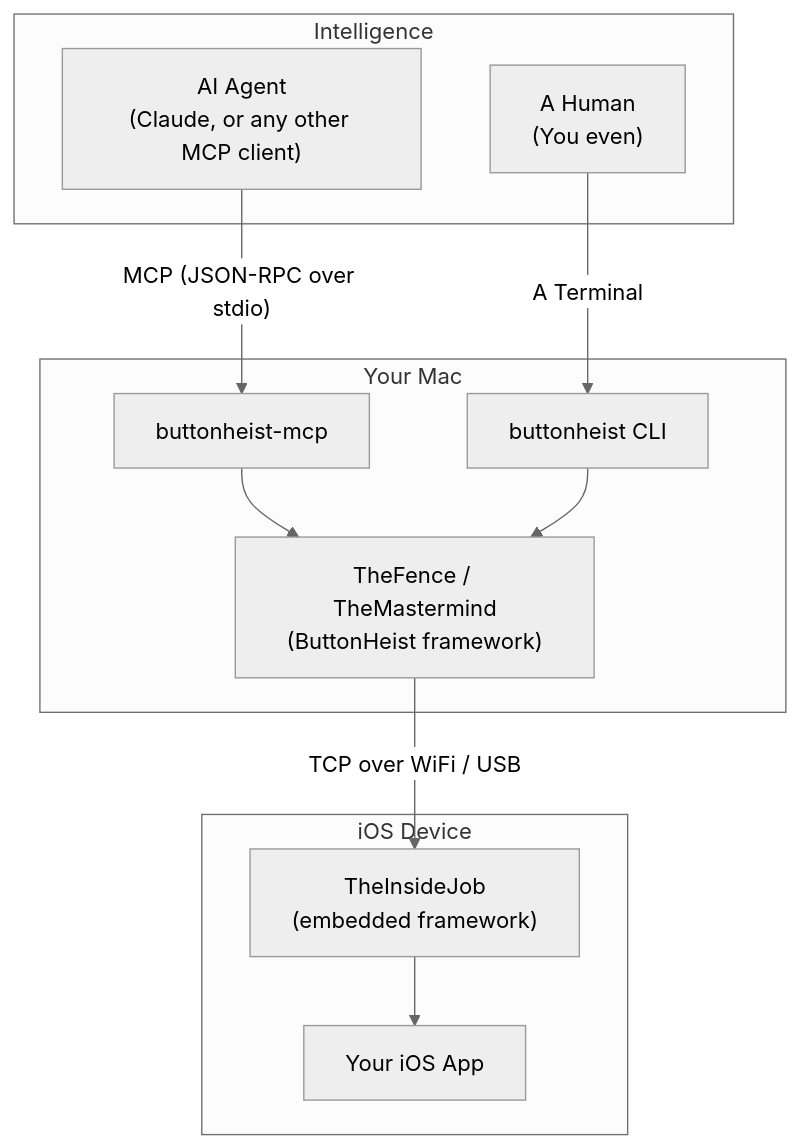
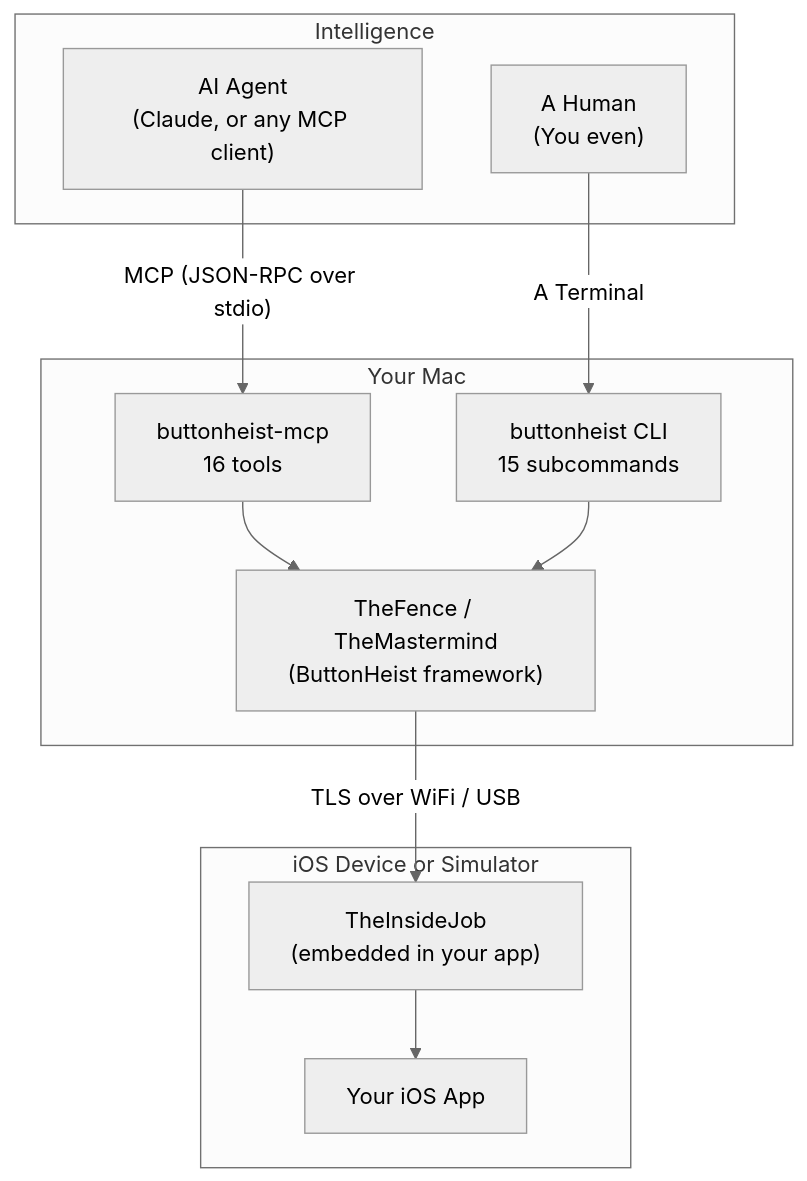
One commit to RoyalPineapple/TheButtonHeist changed the diagram in README.md. Above: the diagram before and after it, drawn with Mermaid (neutral theme). The commit also changed other lines of this file and 20 other files, not shown here.

````diff
--- a/README.md
+++ b/README.md
@@ -57,34 +79,34 @@
 ```mermaid
 %% If you can read this, the diagram isn't rendering. Try github.com in a browser.
 graph TD
-    AI["AI Agent<br/>(Claude, or any other MCP client)"]
-    HUMAN["A Human<br/> (You even)"]
-    MCP["buttonheist-mcp"]
-    CLI["buttonheist CLI"]
+    AI["AI Agent<br/>(Claude, or any MCP client)"]
+    HUMAN["A Human<br/>(You even)"]
+    MCP["buttonheist-mcp<br/>16 tools"]
+    CLI["buttonheist CLI<br/>15 subcommands"]
     Client["TheFence / TheMastermind<br/>(ButtonHeist framework)"]
-    IJ["TheInsideJob<br/>(embedded framework)"]
+    IJ["TheInsideJob<br/>(embedded in your app)"]
     App["Your iOS App"]
 
     AI -->|"MCP (JSON-RPC over stdio)"| MCP
     MCP --> Client
     HUMAN -->|"A Terminal"| CLI
     CLI --> Client
-    Client -->|"TCP over WiFi / USB"| IJ
+    Client -->|"TLS over WiFi / USB"| IJ
     IJ --> App
 
     subgraph Intelligence["Intelligence"]
         HUMAN
         AI
     end
 
     subgraph Mac["Your Mac"]
         MCP
         CLI
         Client
     end
 
-    subgraph Device["iOS Device"]
+    subgraph Device["iOS Device or Simulator"]
         IJ
         App
     end
 ```
````
